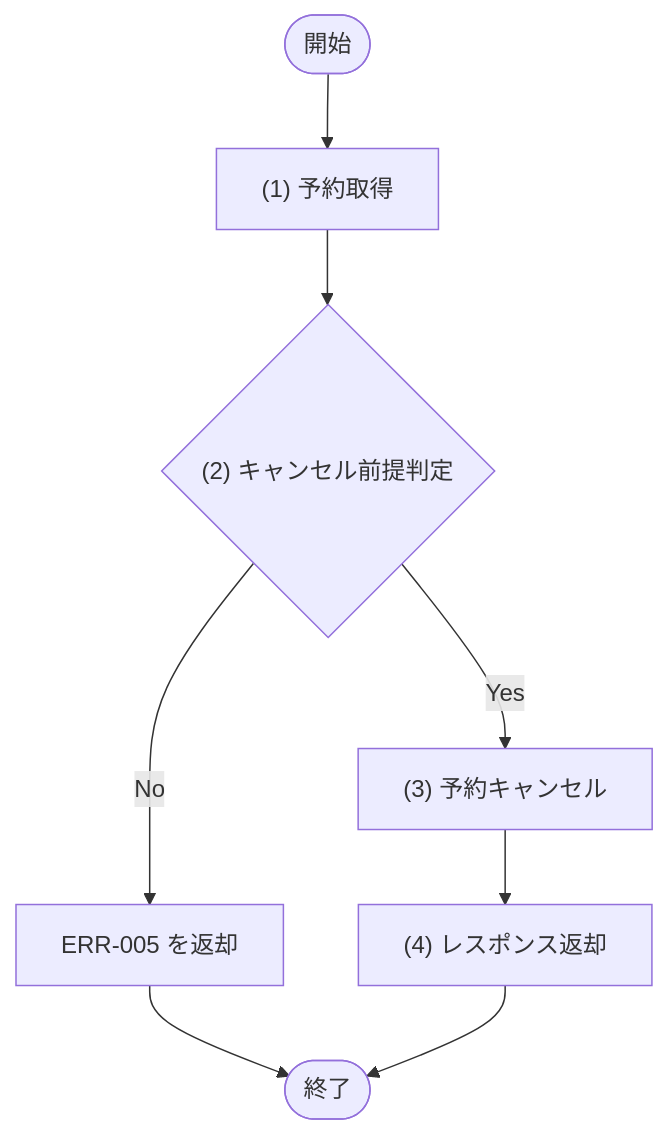
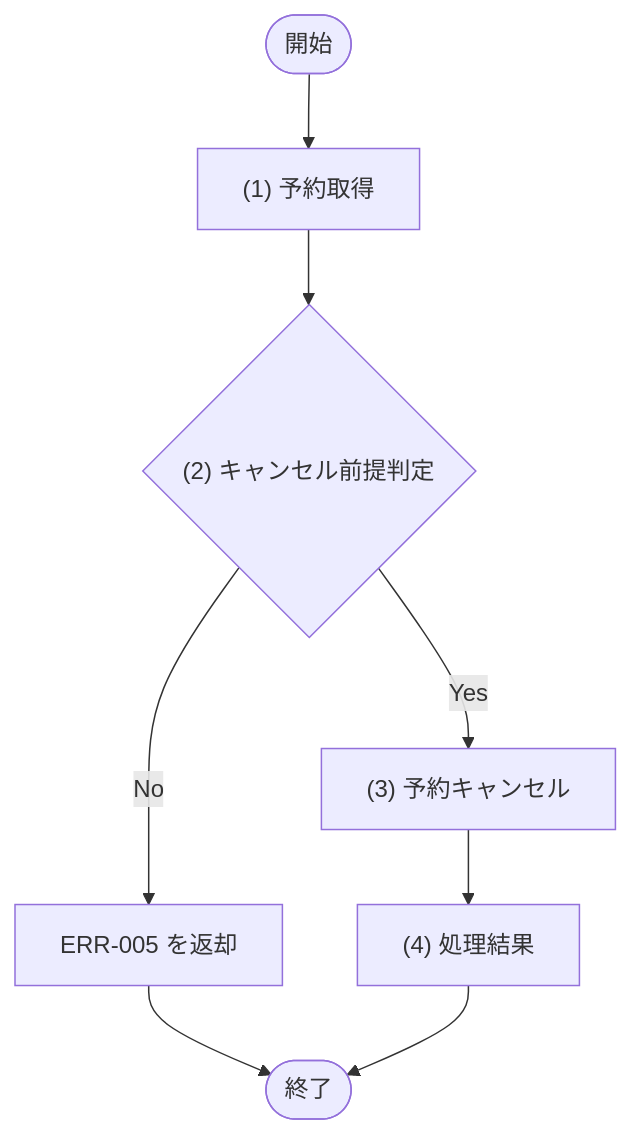
The diagram in docs/02_機能設計/03_API設計/API-005_予約キャンセル.md (sikakou54/system-document-template), drawn with Mermaid before and after one commit. The commit also changed other lines of this file and 22 other files, not shown here.

````diff
--- a/docs/02_機能設計/03_API設計/API-005_予約キャンセル.md
+++ b/docs/02_機能設計/03_API設計/API-005_予約キャンセル.md
@@ -36,14 +36,14 @@
 ```mermaid
 flowchart TD
   Start([開始])
   P1["(1) 予約取得"]
   D1{"(2) キャンセル前提判定"}
   E1["ERR-005 を返却"]
   P2["(3) 予約キャンセル"]
-  P3["(4) レスポンス返却"]
+  P3["(4) 処理結果"]
   End([終了])
 
   Start --> P1 --> D1
   D1 -- "No" --> E1 --> End
   D1 -- "Yes" --> P2 --> P3 --> End
 ```
````
